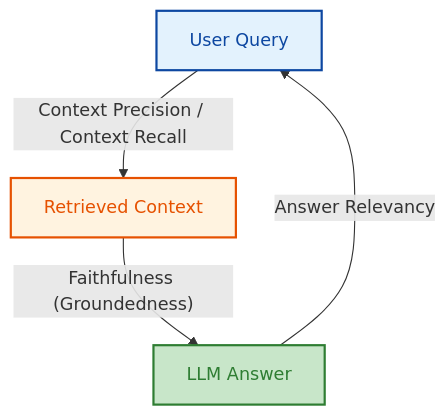
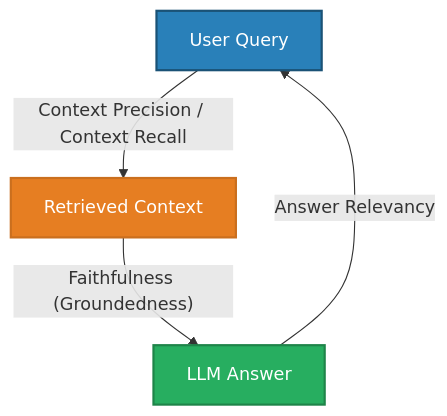
One commit to GyanendraChaubey/AI-Engineering-Notes changed the second of 2 diagrams in docs/10-evaluation/README.md. Above: the diagram before and after it, drawn with Mermaid. The commit also changed other lines of this file and 15 other files, not shown here.

Commit message:
style: replace all Mermaid diagram colors with saturated palette + white text for dark mode compatibility (321 changes across 16 files)

````diff
--- a/docs/10-evaluation/README.md
+++ b/docs/10-evaluation/README.md
@@ -103,9 +103,9 @@
 ```mermaid
 flowchart TD
     A["User Query"] -->|"Context Precision / Context Recall"| B["Retrieved Context"]
     B -->|"Faithfulness (Groundedness)"| C["LLM Answer"]
     C -->|"Answer Relevancy"| A
-    style A fill:#e3f2fd,stroke:#0d47a1,stroke-width:2px,color:#0d47a1
-    style B fill:#fff3e0,stroke:#e65100,stroke-width:2px,color:#e65100
-    style C fill:#c8e6c9,stroke:#2e7d32,stroke-width:2px,color:#2e7d32
+    style A fill:#2980B9,stroke:#1A5276,stroke-width:2px,color:#FFFFFF
+    style B fill:#E67E22,stroke:#CA6F1E,stroke-width:2px,color:#FFFFFF
+    style C fill:#27AE60,stroke:#1E8449,stroke-width:2px,color:#FFFFFF
 ```
````
